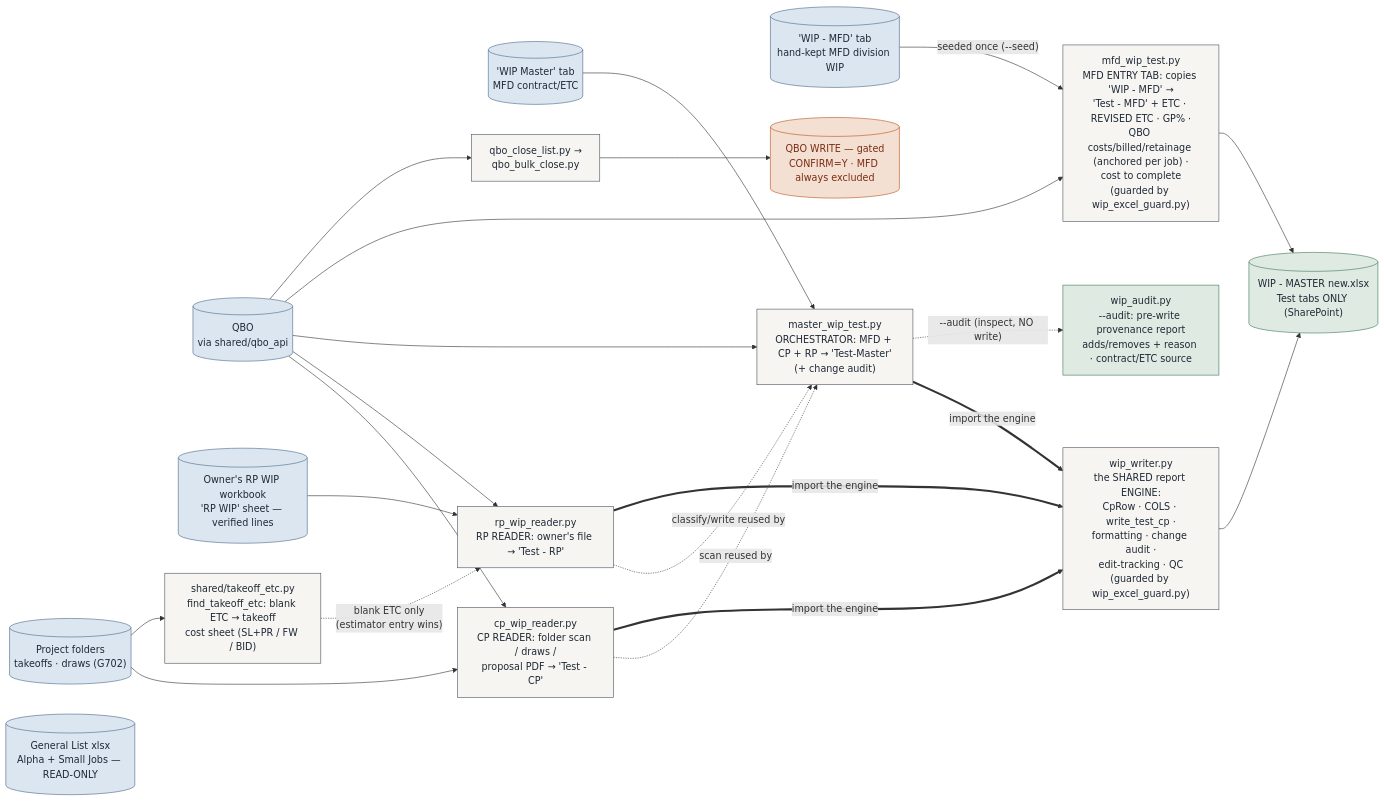
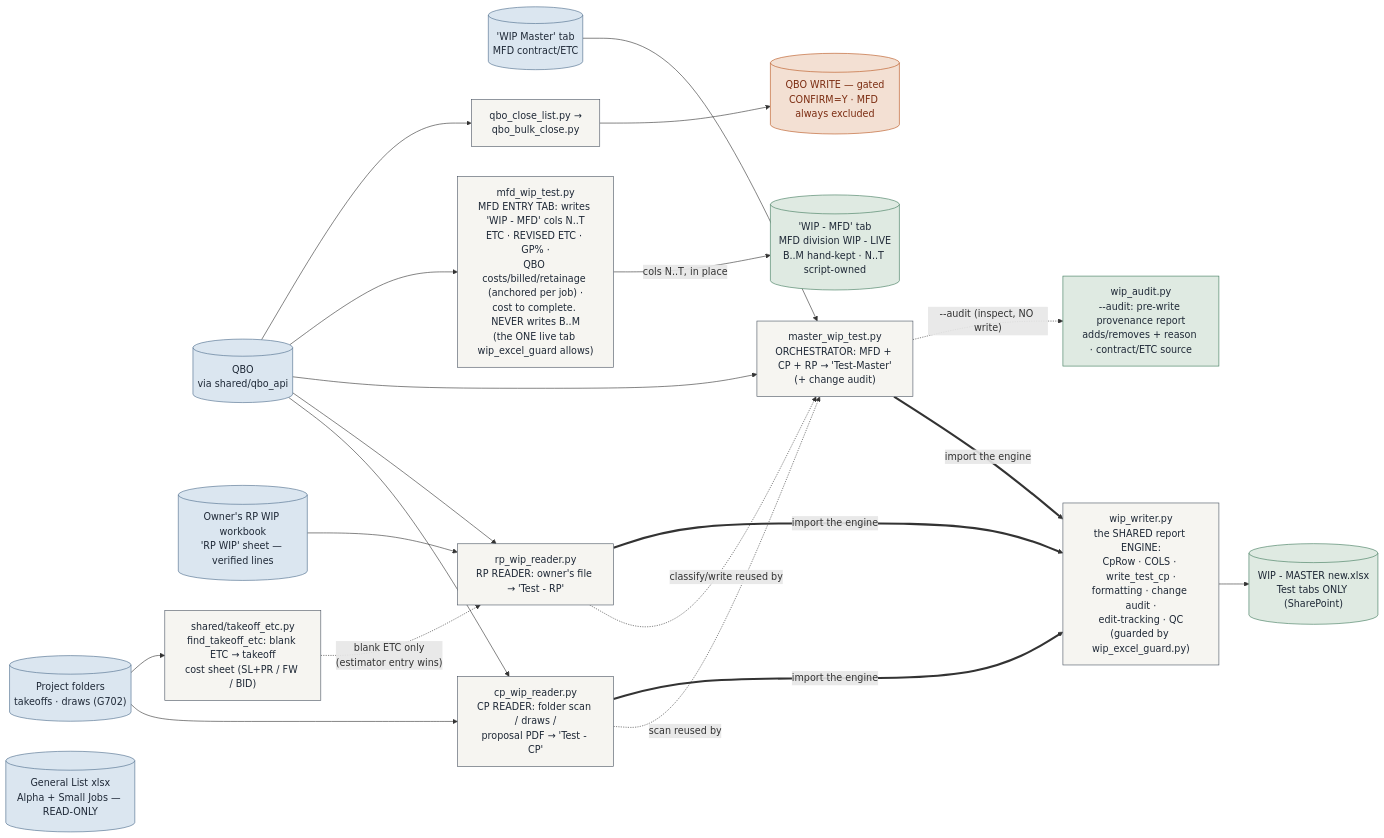
The third of 6 diagrams in docs/ARCHITECTURE.md (Ecarlo-Proficient/Claude-Report), drawn with Mermaid before and after one commit. The commit also changed other lines of this file and 3 other files, not shown here.

First line of the commit message:
wip: merge Test - MFD into WIP - MFD; graduate the live tab in the guard

````diff
--- a/docs/ARCHITECTURE.md
+++ b/docs/ARCHITECTURE.md
@@ -266,40 +266,39 @@
 ```mermaid
 flowchart LR
     classDef src fill:#dbe6f0,stroke:#4A6B8A,color:#1f2937
     classDef tool fill:#f6f5f1,stroke:#4b5563,color:#1f2937
     classDef out fill:#dfeae2,stroke:#3E7A5C,color:#1f2937
     classDef gate fill:#f3e0d3,stroke:#B9541E,color:#7c2d12
 
     FOLDERS[("Project folders\ntakeoffs · draws (G702)")]:::src
     GL[("General List xlsx\nAlpha + Small Jobs — READ-ONLY")]:::src
     QBO[("QBO\nvia shared/qbo_api")]:::src
     RPFIX[("Owner's RP WIP workbook\n'RP WIP' sheet — verified lines")]:::src
     WMTAB[("'WIP Master' tab\nMFD contract/ETC")]:::src
-    MFDTAB[("'WIP - MFD' tab\nhand-kept MFD division WIP")]:::src
+    MFDTAB[("'WIP - MFD' tab\nMFD division WIP - LIVE\nB..M hand-kept · N..T script-owned")]:::out
     TKETC["shared/takeoff_etc.py\nfind_takeoff_etc: blank ETC → takeoff\ncost sheet (SL+PR / FW / BID)"]:::tool
 
     ENGINE["wip_writer.py\nthe SHARED report ENGINE:\nCpRow · COLS · write_test_cp ·\nformatting · change audit ·\nedit-tracking · QC\n(guarded by wip_excel_guard.py)"]:::tool
     CPR["cp_wip_reader.py\nCP READER: folder scan / draws /\nproposal PDF → 'Test - CP'"]:::tool
     RPR["rp_wip_reader.py\nRP READER: owner's file → 'Test - RP'"]:::tool
     MASTER["master_wip_test.py\nORCHESTRATOR: MFD + CP + RP → 'Test-Master'\n(+ change audit)"]:::tool
     TEST[("WIP - MASTER new.xlsx\nTest tabs ONLY (SharePoint)")]:::out
-    MFDT["mfd_wip_test.py\nMFD ENTRY TAB: copies 'WIP - MFD' →\n'Test - MFD' + ETC · REVISED ETC · GP% ·\nQBO costs/billed/retainage (anchored per job) ·\ncost to complete\n(guarded by wip_excel_guard.py)"]:::tool
+    MFDT["mfd_wip_test.py\nMFD ENTRY TAB: writes 'WIP - MFD' cols N..T\nETC · REVISED ETC · GP% ·\nQBO costs/billed/retainage (anchored per job) ·\ncost to complete. NEVER writes B..M\n(the ONE live tab wip_excel_guard allows)"]:::tool
     CLOSE["qbo_close_list.py →\nqbo_bulk_close.py"]:::tool
     QW[("QBO WRITE — gated\nCONFIRM=Y · MFD always excluded")]:::gate
 
     FOLDERS --> CPR
     RPFIX --> RPR
     FOLDERS --> TKETC
     TKETC -.->|"blank ETC only\n(estimator entry wins)"| RPR
     QBO --> CPR & RPR & MASTER & MFDT
     WMTAB --> MASTER
-    MFDTAB -->|"seeded once (--seed)"| MFDT
-    MFDT --> TEST
+    MFDT -->|"cols N..T, in place"| MFDTAB
     CPR -.->|"scan reused by"| MASTER
     RPR -.->|"classify/write reused by"| MASTER
     CPR & RPR & MASTER ==>|"import the engine"| ENGINE
     ENGINE --> TEST
     AUDIT["wip_audit.py\n--audit: pre-write provenance report\nadds/removes + reason · contract/ETC source"]:::out
     MASTER -.->|"--audit (inspect, NO write)"| AUDIT
     QBO --> CLOSE --> QW
 ```
````
